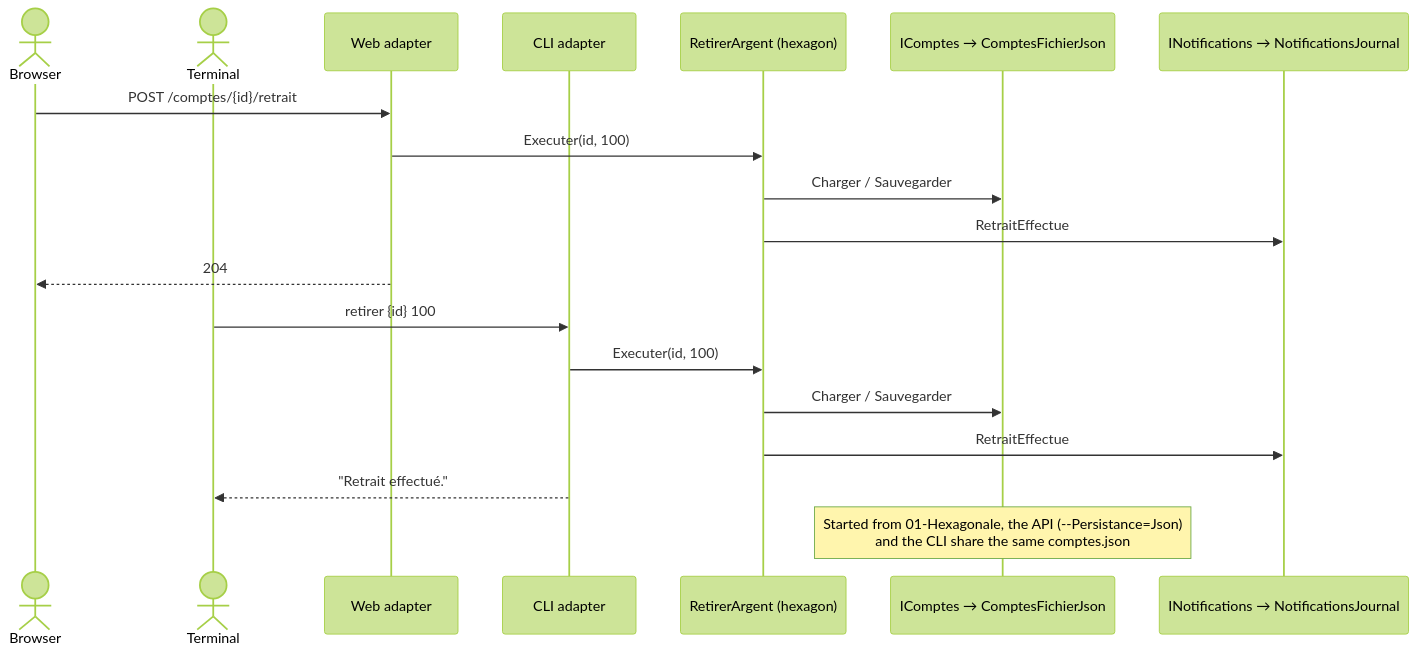
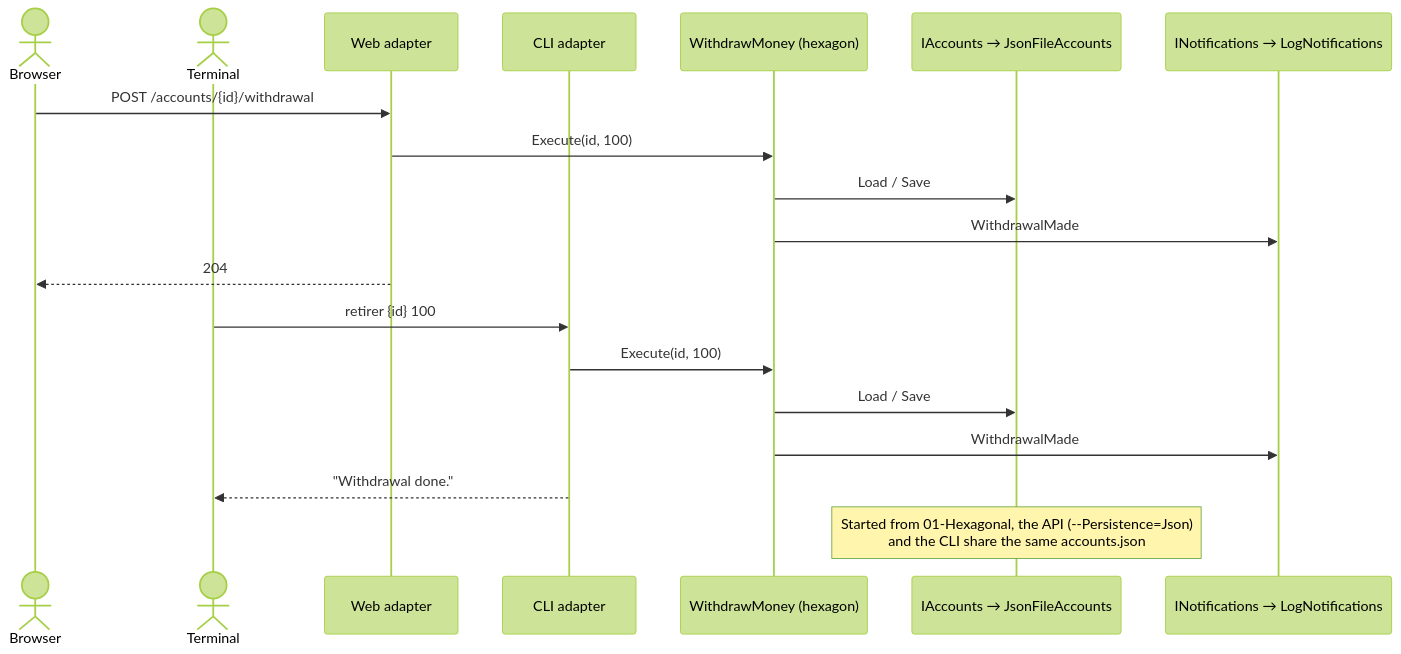
The second of 3 diagrams in Docs/en/01-hexagonale.md (drangoht/ArchitecturesDemo), drawn with Mermaid (forest theme) before and after one commit. The commit also changed other lines of this file and 78 other files, not shown here.

First line of the commit message:
Docs EN : identifiants, liens, diagrammes et sorties alignés sur le code anglais

````diff
--- a/Docs/en/01-hexagonale.md
+++ b/Docs/en/01-hexagonale.md
@@ -193,21 +193,21 @@
 ```mermaid
 sequenceDiagram
     actor U1 as Browser
     actor U2 as Terminal
     participant W as Web adapter
     participant C as CLI adapter
-    participant H as RetirerArgent (hexagon)
-    participant P as IComptes → ComptesFichierJson
-    participant N as INotifications → NotificationsJournal
-    U1->>W: POST /comptes/{id}/retrait
-    W->>H: Executer(id, 100)
-    H->>P: Charger / Sauvegarder
-    H->>N: RetraitEffectue
+    participant H as WithdrawMoney (hexagon)
+    participant P as IAccounts → JsonFileAccounts
+    participant N as INotifications → LogNotifications
+    U1->>W: POST /accounts/{id}/withdrawal
+    W->>H: Execute(id, 100)
+    H->>P: Load / Save
+    H->>N: WithdrawalMade
     W-->>U1: 204
     U2->>C: retirer {id} 100
-    C->>H: Executer(id, 100)
-    H->>P: Charger / Sauvegarder
-    H->>N: RetraitEffectue
-    C-->>U2: "Retrait effectué."
-    Note over P: Started from 01-Hexagonale, the API (--Persistance=Json)<br/>and the CLI share the same comptes.json
+    C->>H: Execute(id, 100)
+    H->>P: Load / Save
+    H->>N: WithdrawalMade
+    C-->>U2: "Withdrawal done."
+    Note over P: Started from 01-Hexagonal, the API (--Persistence=Json)<br/>and the CLI share the same accounts.json
 ```
````
